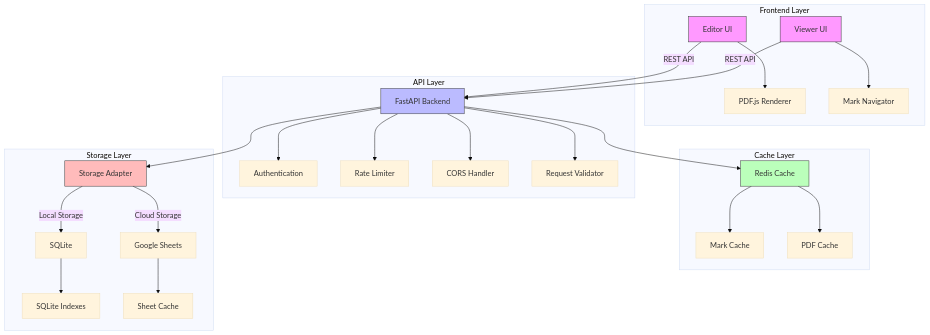
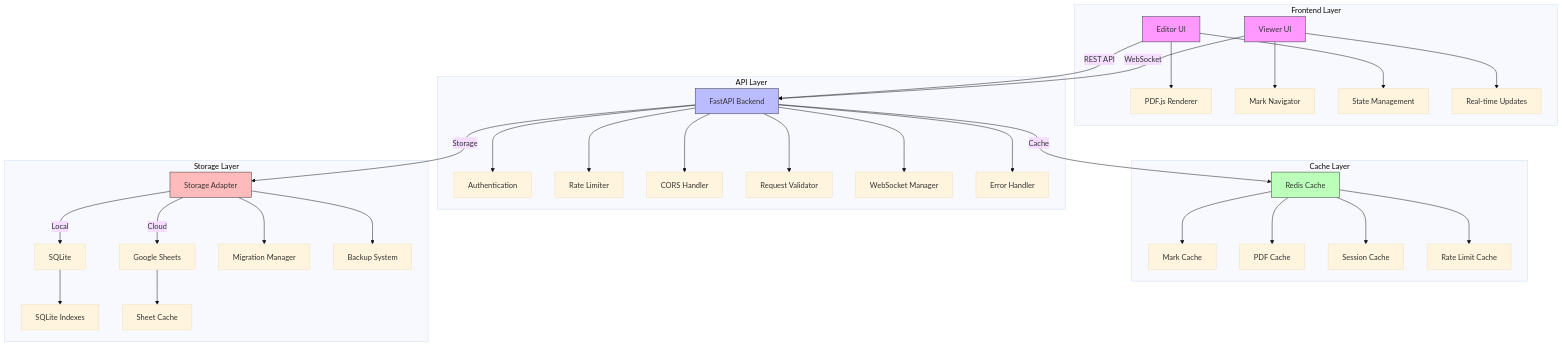
The diagram in README.md (aniketsandhanwootz-wq/PDF-Markbook), drawn with Mermaid (base theme) before and after one commit. The commit also changed other lines of this file, not shown here.

````diff
--- a/README.md
+++ b/README.md
@@ -21,57 +44,73 @@
 ```mermaid
 graph TD
     subgraph "Frontend Layer"
         A[Editor UI]
         B[Viewer UI]
         A1[PDF.js Renderer]
         B1[Mark Navigator]
+        A2[State Management]
+        B2[Real-time Updates]
     end
 
     subgraph "API Layer"
         C[FastAPI Backend]
         C1[Authentication]
         C2[Rate Limiter]
         C3[CORS Handler]
         C4[Request Validator]
+        C5[WebSocket Manager]
+        C6[Error Handler]
     end
 
     subgraph "Cache Layer"
         G[Redis Cache]
         G1[Mark Cache]
         G2[PDF Cache]
+        G3[Session Cache]
+        G4[Rate Limit Cache]
     end
 
     subgraph "Storage Layer"
         D[Storage Adapter]
         E[SQLite]
         F[Google Sheets]
         E1[SQLite Indexes]
         F1[Sheet Cache]
+        D1[Migration Manager]
+        D2[Backup System]
     end
 
     A -->|REST API| C
-    B -->|REST API| C
+    B -->|WebSocket| C
     A --> A1
     B --> B1
+    A --> A2
+    B --> B2
     
     C --> C1
     C --> C2
     C --> C3
     C --> C4
+    C --> C5
+    C --> C6
     
-    C --> G
+    C -->|Cache| G
     G --> G1
     G --> G2
+    G --> G3
+    G --> G4
     
-    C --> D
-    D -->|Local Storage| E
-    D -->|Cloud Storage| F
+    C -->|Storage| D
+    D -->|Local| E
+    D -->|Cloud| F
     E --> E1
     F --> F1
+    D --> D1
+    D --> D2
 
     style A fill:#f9f,stroke:#333
     style B fill:#f9f,stroke:#333
     style C fill:#bbf,stroke:#333
     style G fill:#bfb,stroke:#333
     style D fill:#fbb,stroke:#333
 ```
````
